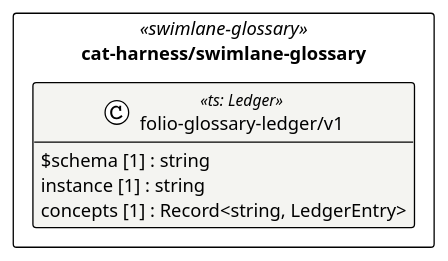
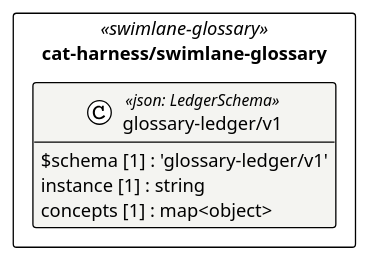
The diagram in cat-harness/uml/overview/cat-harness/swimlane-glossary.puml (litlfred/folio-assistant), drawn with PlantUML before and after one commit. The commit also changed 56 other files, not shown here.

First line of the commit message:
Regenerate what group D moved: UML overview (bootstrap has no qa graph), glossary, schema page, READMEs, .pot templates, handler index

```diff
--- a/cat-harness/uml/overview/cat-harness/swimlane-glossary.puml
+++ b/cat-harness/uml/overview/cat-harness/swimlane-glossary.puml
@@ -3,17 +3,17 @@
 @startuml cat_harness_swimlane_glossary
 !pragma layout elk
 !theme plain
 skinparam classAttributeIconSize 0
 skinparam shadowing false
 skinparam packageStyle rectangle
 hide empty methods
 
 package "cat-harness/swimlane-glossary" as pkg_cat_harness_swimlane_glossary <<swimlane-glossary>> {
-  class "folio-glossary-ledger/v1" as cat_harness_swimlane_glossary_folio_glossary_ledger_v1 <<ts: Ledger>> #f4f4f1 {
-    $schema [1] : string
+  class "glossary-ledger/v1" as cat_harness_swimlane_glossary_glossary_ledger_v1_glossary_ledger_v1 <<json: LedgerSchema>> #f4f4f1 {
+    $schema [1] : 'glossary-ledger/v1'
     instance [1] : string
-    concepts [1] : Record<string, LedgerEntry>
+    concepts [1] : map<object>
   }
 }
 
 @enduml
```
